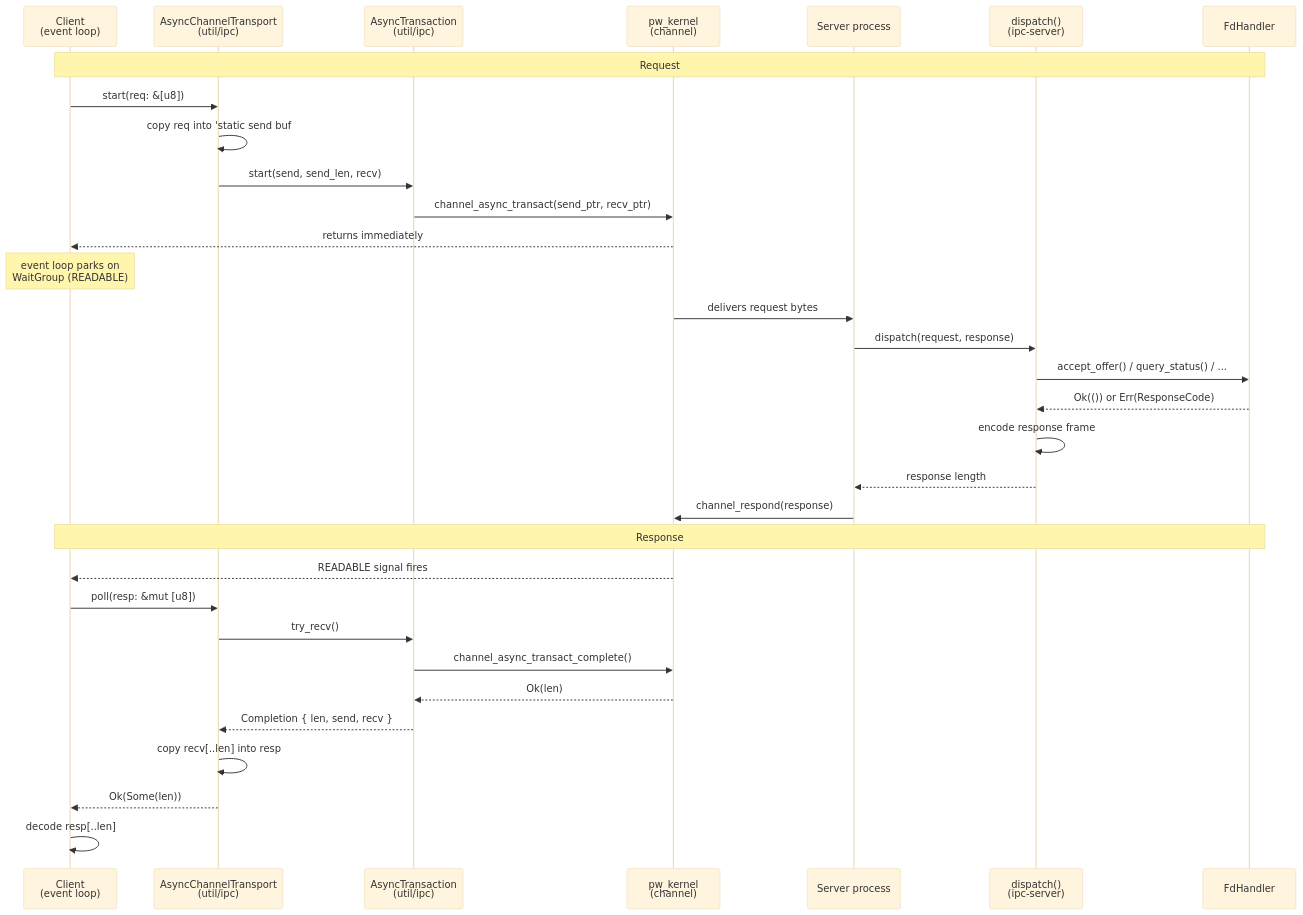
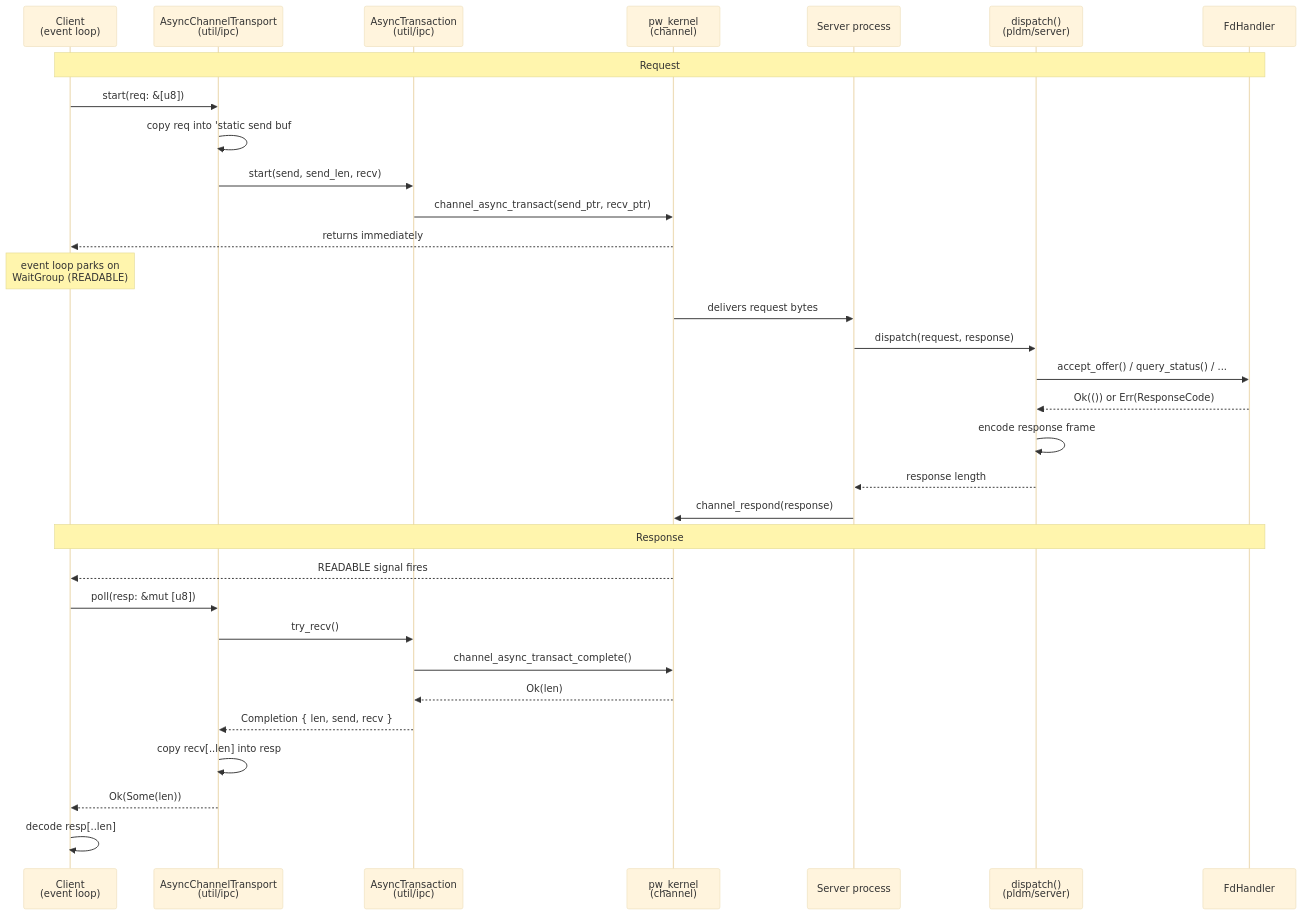
One commit to OpenPRoT/openprot changed the first of 3 diagrams in docs/src/design/ipc-service-stack.md. Above: the diagram before and after it, drawn with Mermaid (base theme). The commit also changed other lines of this file and 7 other files, not shown here.

First line of the commit message:
pldm: Rename ipc-api and ipc-server to api and server

````diff
--- a/docs/src/design/ipc-service-stack.md
+++ b/docs/src/design/ipc-service-stack.md
@@ -9,40 +9,40 @@
 ```mermaid
 sequenceDiagram
     participant C as Client<br/>(event loop)
     participant CT as AsyncChannelTransport<br/>(util/ipc)
     participant AT as AsyncTransaction<br/>(util/ipc)
     participant K as pw_kernel<br/>(channel)
     participant S as Server process
-    participant D as dispatch()<br/>(ipc-server)
+    participant D as dispatch()<br/>(pldm/server)
     participant H as FdHandler
 
     Note over C,H: Request
 
     C->>CT: start(req: &[u8])
     CT->>CT: copy req into 'static send buf
     CT->>AT: start(send, send_len, recv)
     AT->>K: channel_async_transact(send_ptr, recv_ptr)
     K-->>C: returns immediately
 
     Note over C: event loop parks on<br/>WaitGroup (READABLE)
 
     K->>S: delivers request bytes
     S->>D: dispatch(request, response)
     D->>H: accept_offer() / query_status() / ...
     H-->>D: Ok(()) or Err(ResponseCode)
     D->>D: encode response frame
     D-->>S: response length
     S->>K: channel_respond(response)
 
     Note over C,H: Response
 
     K-->>C: READABLE signal fires
     C->>CT: poll(resp: &mut [u8])
     CT->>AT: try_recv()
     AT->>K: channel_async_transact_complete()
     K-->>AT: Ok(len)
     AT-->>CT: Completion { len, send, recv }
     CT->>CT: copy recv[..len] into resp
     CT-->>C: Ok(Some(len))
     C->>C: decode resp[..len]
 ```
````
